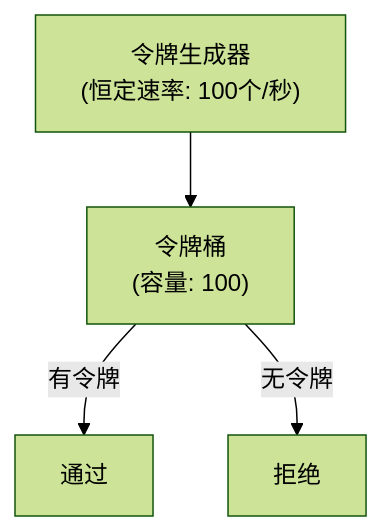
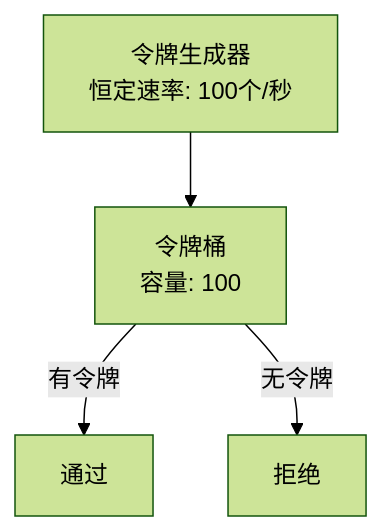
The second of 6 diagrams in content/articles/system-design/sd-13-分布式限流器设计.md (jpixy/jpixy.github.io), drawn with Mermaid (forest theme) before and after one commit. The commit also changed other lines of this file and 66 other files, not shown here.

Commit message:
fix: resolve Mermaid syntax errors by removing parentheses in node labels

````diff
--- a/content/articles/system-design/sd-13-分布式限流器设计.md
+++ b/content/articles/system-design/sd-13-分布式限流器设计.md
@@ -136,6 +136,6 @@
 ```mermaid
 graph TB
-    GEN["令牌生成器<br>(恒定速率: 100个/秒)"] --> BUCKET["令牌桶<br>(容量: 100)"]
+    GEN["令牌生成器<br/>恒定速率: 100个/秒"] --> BUCKET["令牌桶<br/>容量: 100"]
     BUCKET -->|有令牌| PASS["通过"]
     BUCKET -->|无令牌| REJECT["拒绝"]
 ```
````
